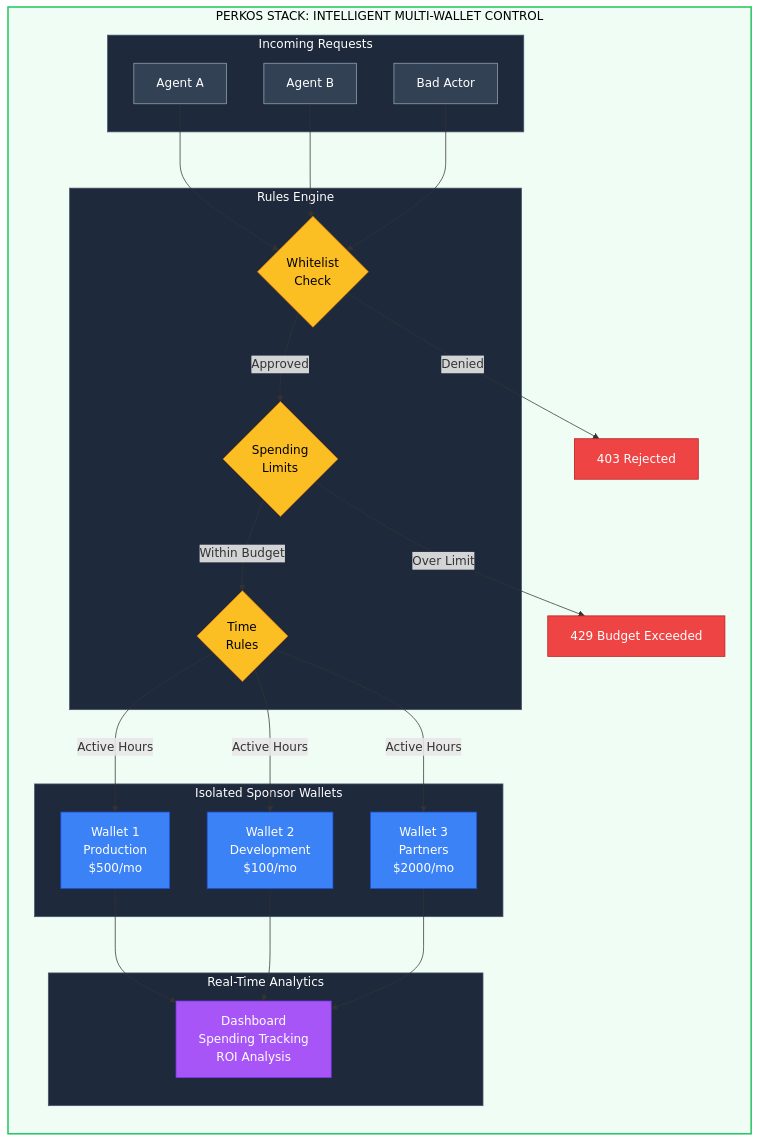
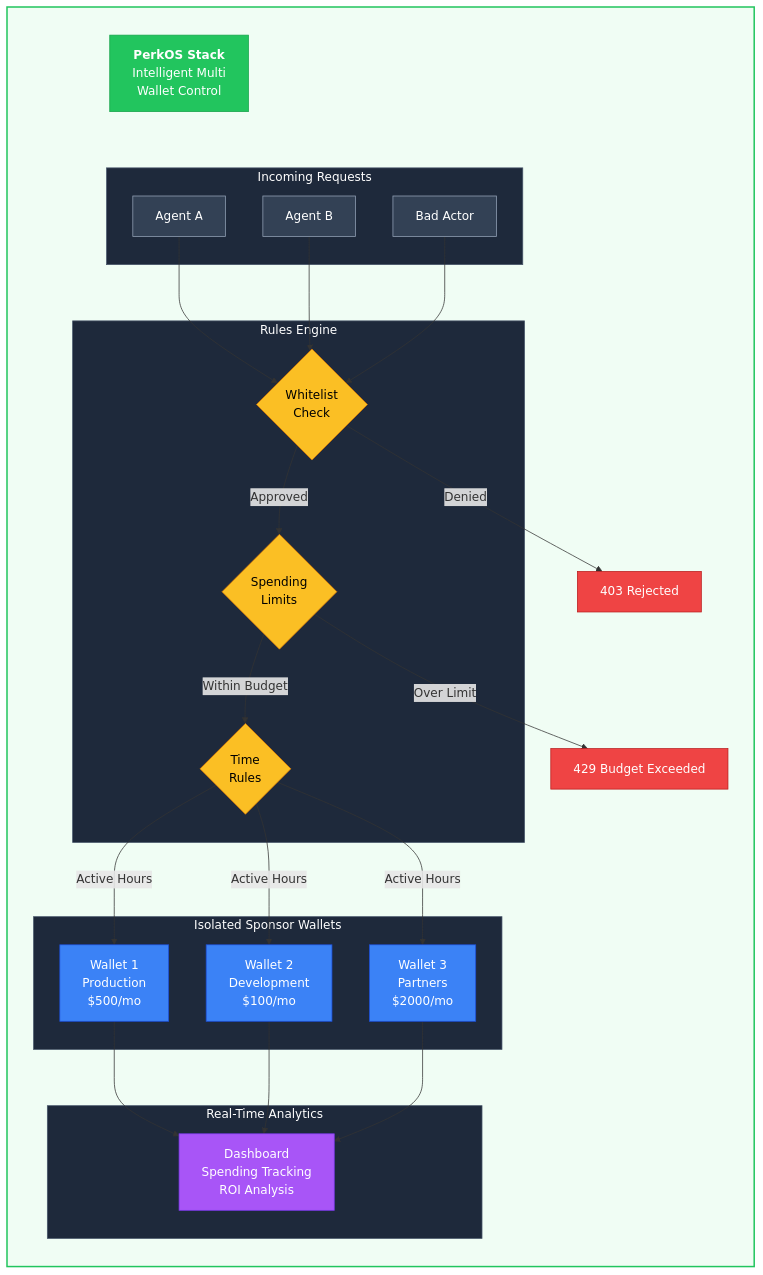
One commit to PerkOS-xyz/Stack changed the second of 10 diagrams in README.md. Above: the diagram before and after it, drawn with Mermaid.

````diff
--- a/README.md
+++ b/README.md
@@ -62,64 +62,69 @@
 ```mermaid
 flowchart TB
-    subgraph Solution["PERKOS STACK: INTELLIGENT MULTI-WALLET CONTROL"]
+    subgraph Solution[" "]
         direction TB
+
+        Title["<b>PerkOS Stack</b><br/>Intelligent Multi<br/>Wallet Control"]
 
         subgraph Agents["Incoming Requests"]
             A1["Agent A"]
             A2["Agent B"]
             A3["Bad Actor"]
         end
 
         subgraph Rules["Rules Engine"]
             R1{"Whitelist<br/>Check"}
             R2{"Spending<br/>Limits"}
             R3{"Time<br/>Rules"}
         end
 
         subgraph Wallets["Isolated Sponsor Wallets"]
             W1["Wallet 1<br/>Production<br/>$500/mo"]
             W2["Wallet 2<br/>Development<br/>$100/mo"]
             W3["Wallet 3<br/>Partners<br/>$2000/mo"]
         end
 
         subgraph Analytics["Real-Time Analytics"]
             AN["Dashboard<br/>Spending Tracking<br/>ROI Analysis"]
         end
 
+        Title ~~~ Agents
+
         A1 --> R1
         A2 --> R1
         A3 --> R1
 
         R1 -->|Approved| R2
         R1 -->|Denied| X1["403 Rejected"]
 
         R2 -->|Within Budget| R3
         R2 -->|Over Limit| X2["429 Budget Exceeded"]
 
         R3 -->|Active Hours| W1
         R3 -->|Active Hours| W2
         R3 -->|Active Hours| W3
 
         W1 --> AN
         W2 --> AN
         W3 --> AN
     end
 
     style Solution fill:#f0fdf4,stroke:#22c55e,stroke-width:2px,color:#000
+    style Title fill:#22c55e,stroke:#16a34a,color:#fff
     style Agents fill:#1e293b,stroke:#475569,color:#fff
     style Rules fill:#1e293b,stroke:#475569,color:#fff
     style Wallets fill:#1e293b,stroke:#475569,color:#fff
     style Analytics fill:#1e293b,stroke:#475569,color:#fff
     style A1 fill:#334155,stroke:#94a3b8,color:#fff
     style A2 fill:#334155,stroke:#94a3b8,color:#fff
     style A3 fill:#334155,stroke:#94a3b8,color:#fff
     style R1 fill:#fbbf24,stroke:#d97706,color:#000
     style R2 fill:#fbbf24,stroke:#d97706,color:#000
     style R3 fill:#fbbf24,stroke:#d97706,color:#000
     style W1 fill:#3b82f6,stroke:#1d4ed8,color:#fff
     style W2 fill:#3b82f6,stroke:#1d4ed8,color:#fff
     style W3 fill:#3b82f6,stroke:#1d4ed8,color:#fff
     style X1 fill:#ef4444,stroke:#b91c1c,color:#fff
     style X2 fill:#ef4444,stroke:#b91c1c,color:#fff
     style AN fill:#a855f7,stroke:#7c3aed,color:#fff
 ```
````
